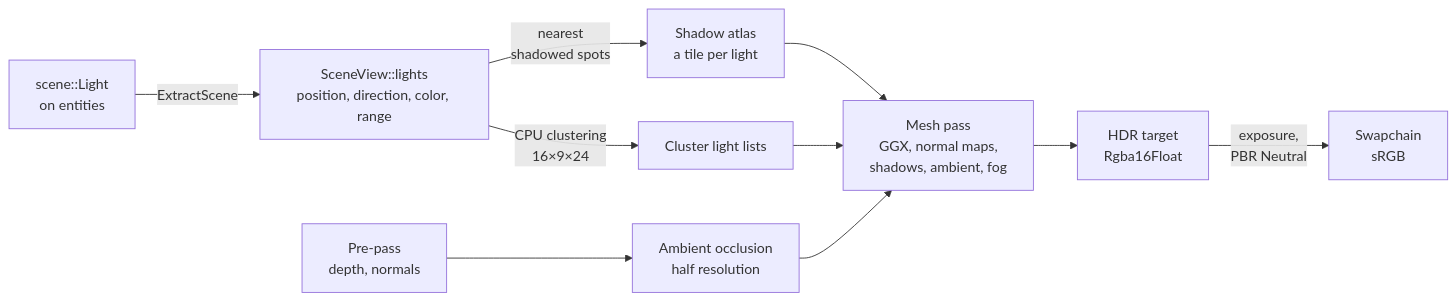
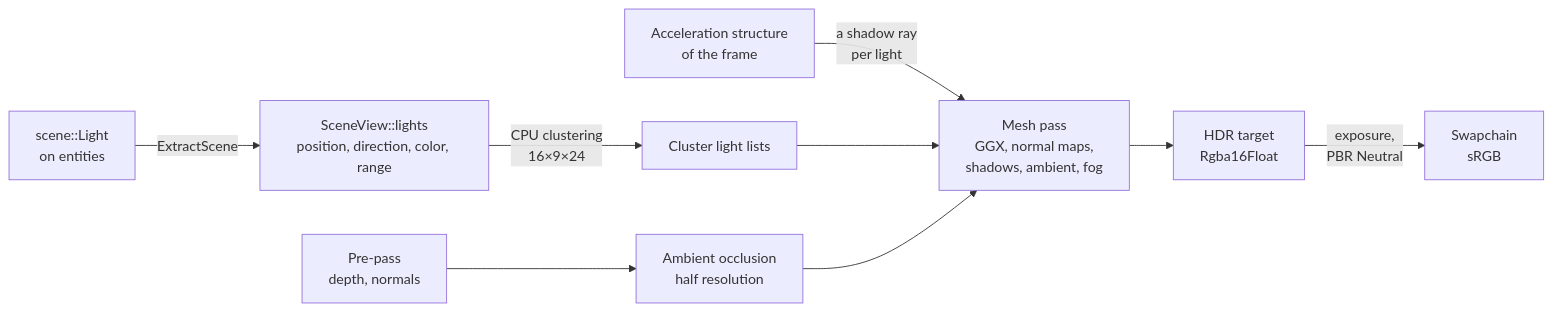
The eighth of 12 diagrams in docs/ARCHITECTURE.md (SBXdev3D/daidalos-engine-next), drawn with Mermaid before and after one commit. The commit also changed other lines of this file and 6 other files, not shown here.

````diff
--- a/docs/ARCHITECTURE.md
+++ b/docs/ARCHITECTURE.md
@@ -175,12 +175,11 @@
 ```mermaid
 flowchart LR
     E["scene::Light<br/>on entities"] -->|"ExtractScene"| L["SceneView::lights<br/>position, direction, color, range"]
-    L -->|"nearest<br/>shadowed spots"| SM["Shadow atlas<br/>a tile per light"]
-    SM --> M
+    AS["Acceleration structure<br/>of the frame"] -->|"a shadow ray<br/>per light"| M
     L -->|"CPU clustering<br/>16×9×24"| CL["Cluster light lists"]
     CL --> M["Mesh pass<br/>GGX, normal maps,<br/>shadows, ambient, fog"]
     P["Pre-pass<br/>depth, normals"] --> AO["Ambient occlusion<br/>half resolution"]
     AO --> M
     M --> H["HDR target<br/>Rgba16Float"]
     H -->|"exposure,<br/>PBR Neutral"| S["Swapchain<br/>sRGB"]
 ```
````
